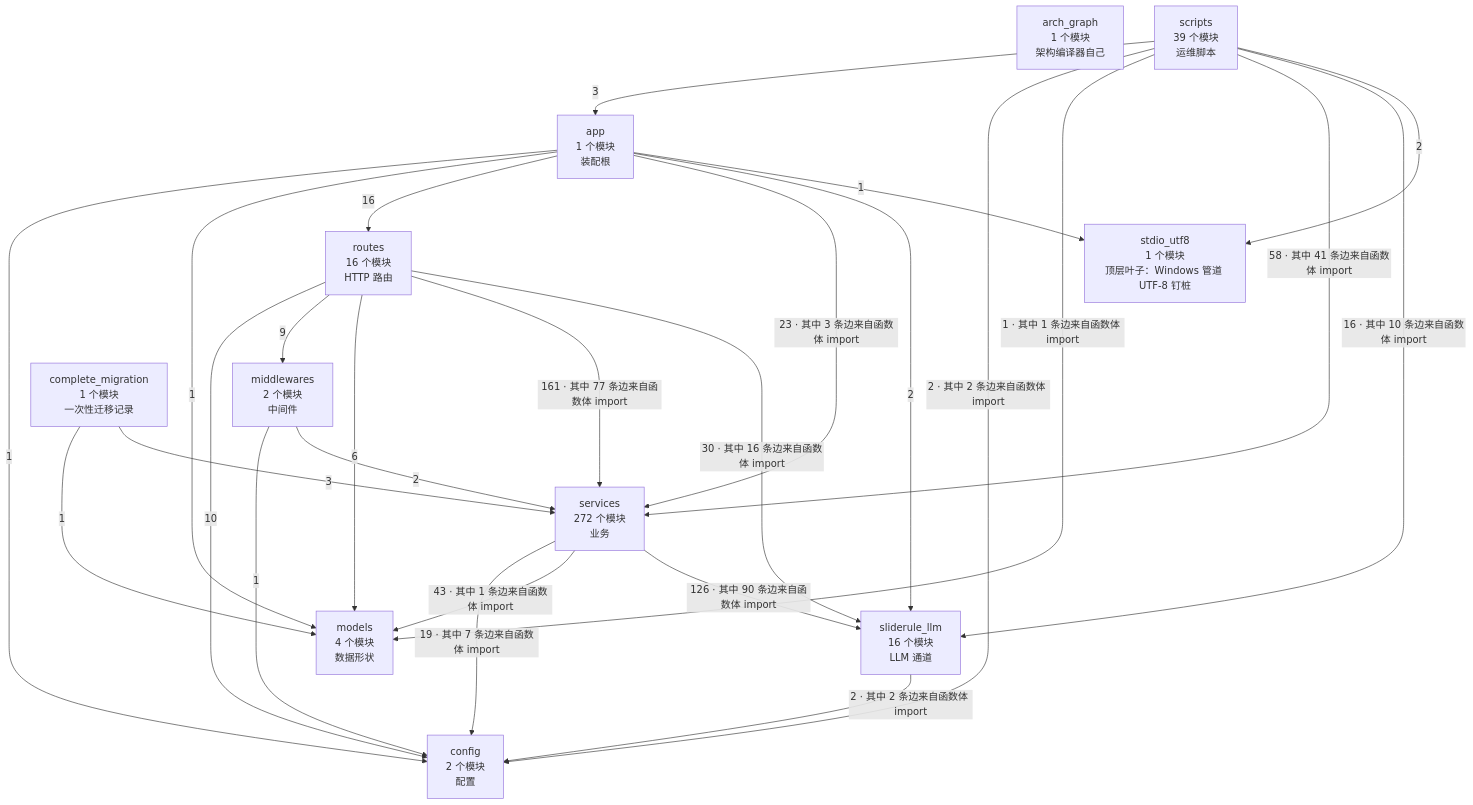
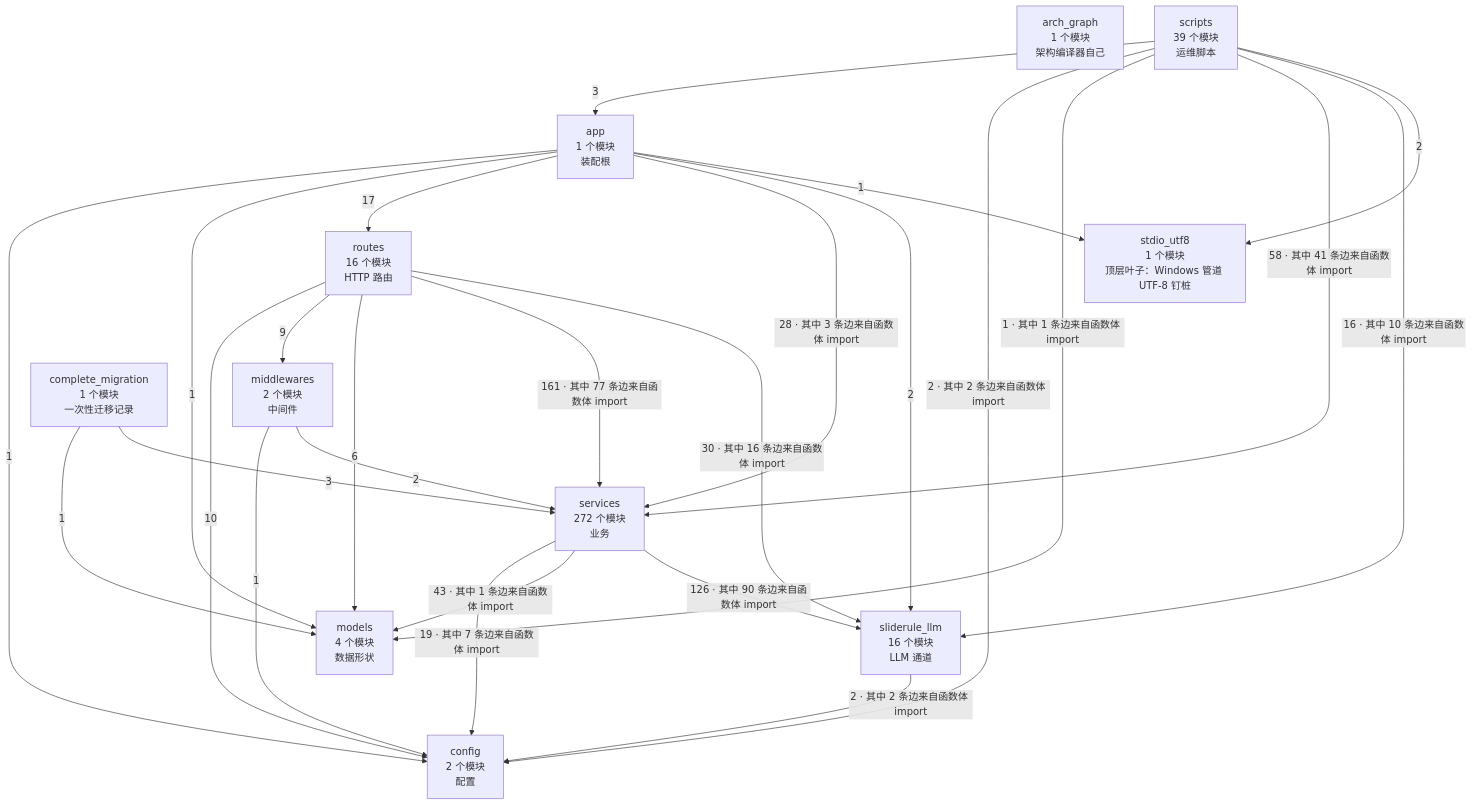
Before and after one commit to 2686521696/WhyBuddy: the second of 4 diagrams in docs/SlideRule V6.2 架构图（自动生成）.md, drawn with Mermaid. The commit also changed other lines of this file and 6 other files, not shown here.

First line of the commit message:
启动探针改成 fail-open，orch_trace 默认关，两侧架构图重生成。

````diff
--- a/docs/SlideRule V6.2 架构图（自动生成）.md
+++ b/docs/SlideRule V6.2 架构图（自动生成）.md
@@ -62,39 +62,39 @@
 ```mermaid
 flowchart TB
   arch_graph["arch_graph<br/>1 个模块<br/>架构编译器自己"]
   config["config<br/>2 个模块<br/>配置"]
   models["models<br/>4 个模块<br/>数据形状"]
   stdio_utf8["stdio_utf8<br/>1 个模块<br/>顶层叶子：Windows 管道 UTF-8 钉桩"]
   sliderule_llm["sliderule_llm<br/>16 个模块<br/>LLM 通道"]
   middlewares["middlewares<br/>2 个模块<br/>中间件"]
   services["services<br/>272 个模块<br/>业务"]
   routes["routes<br/>16 个模块<br/>HTTP 路由"]
   app["app<br/>1 个模块<br/>装配根"]
   complete_migration["complete_migration<br/>1 个模块<br/>一次性迁移记录"]
   scripts["scripts<br/>39 个模块<br/>运维脚本"]
   app -->|1| config
   app -->|1| models
-  app -->|16| routes
-  app -->|23 · 其中 3 条边来自函数体 import| services
+  app -->|17| routes
+  app -->|28 · 其中 3 条边来自函数体 import| services
   app -->|2| sliderule_llm
   app -->|1| stdio_utf8
   complete_migration -->|1| models
   complete_migration -->|3| services
   middlewares -->|1| config
   middlewares -->|2| services
   routes -->|10| config
   routes -->|9| middlewares
   routes -->|6| models
   routes -->|161 · 其中 77 条边来自函数体 import| services
   routes -->|30 · 其中 16 条边来自函数体 import| sliderule_llm
   scripts -->|3| app
   scripts -->|2 · 其中 2 条边来自函数体 import| config
   scripts -->|1 · 其中 1 条边来自函数体 import| models
   scripts -->|58 · 其中 41 条边来自函数体 import| services
   scripts -->|16 · 其中 10 条边来自函数体 import| sliderule_llm
   scripts -->|2| stdio_utf8
   services -->|19 · 其中 7 条边来自函数体 import| config
   services -->|43 · 其中 1 条边来自函数体 import| models
   services -->|126 · 其中 90 条边来自函数体 import| sliderule_llm
   sliderule_llm -->|2 · 其中 2 条边来自函数体 import| config
 ```
````
